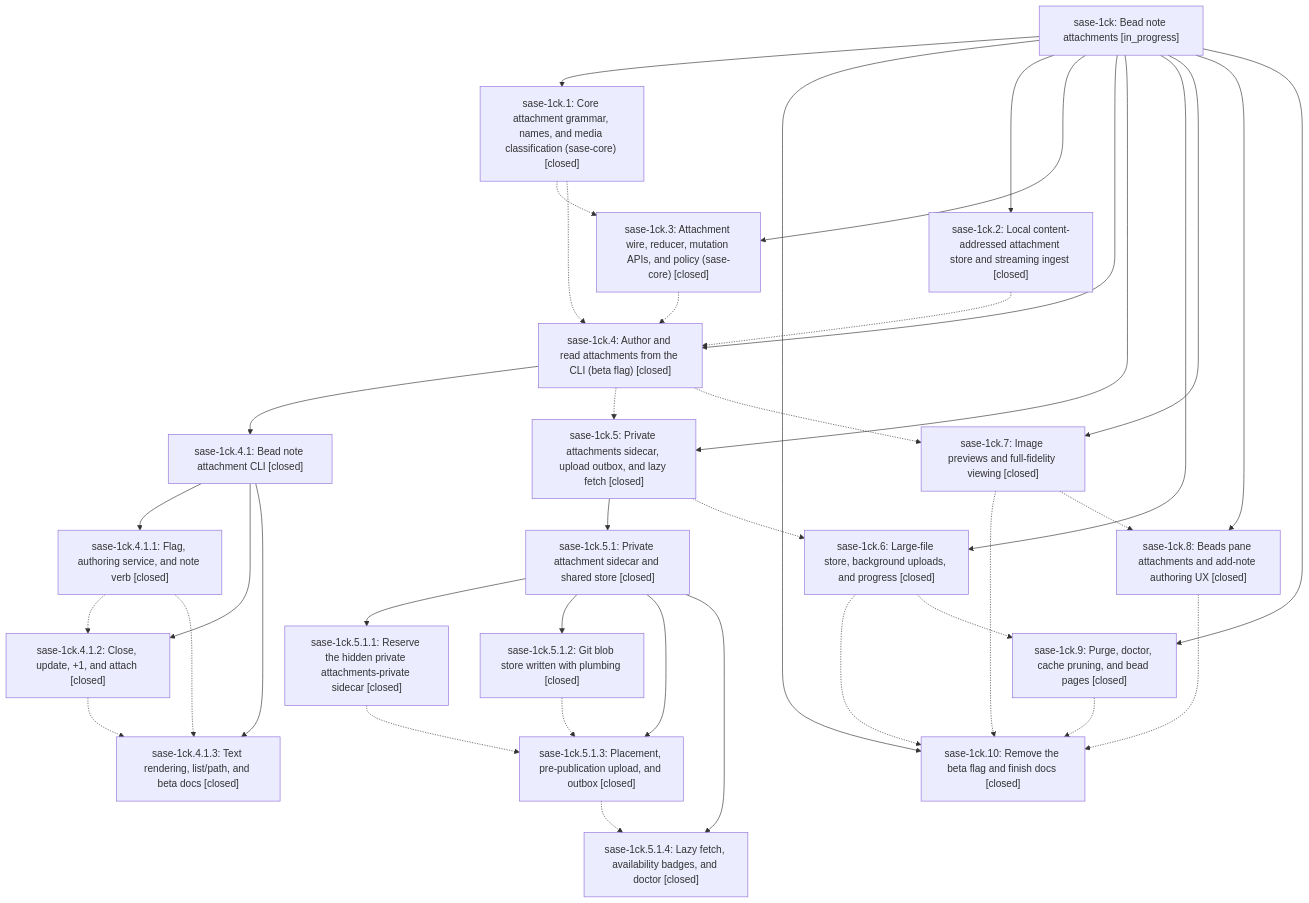
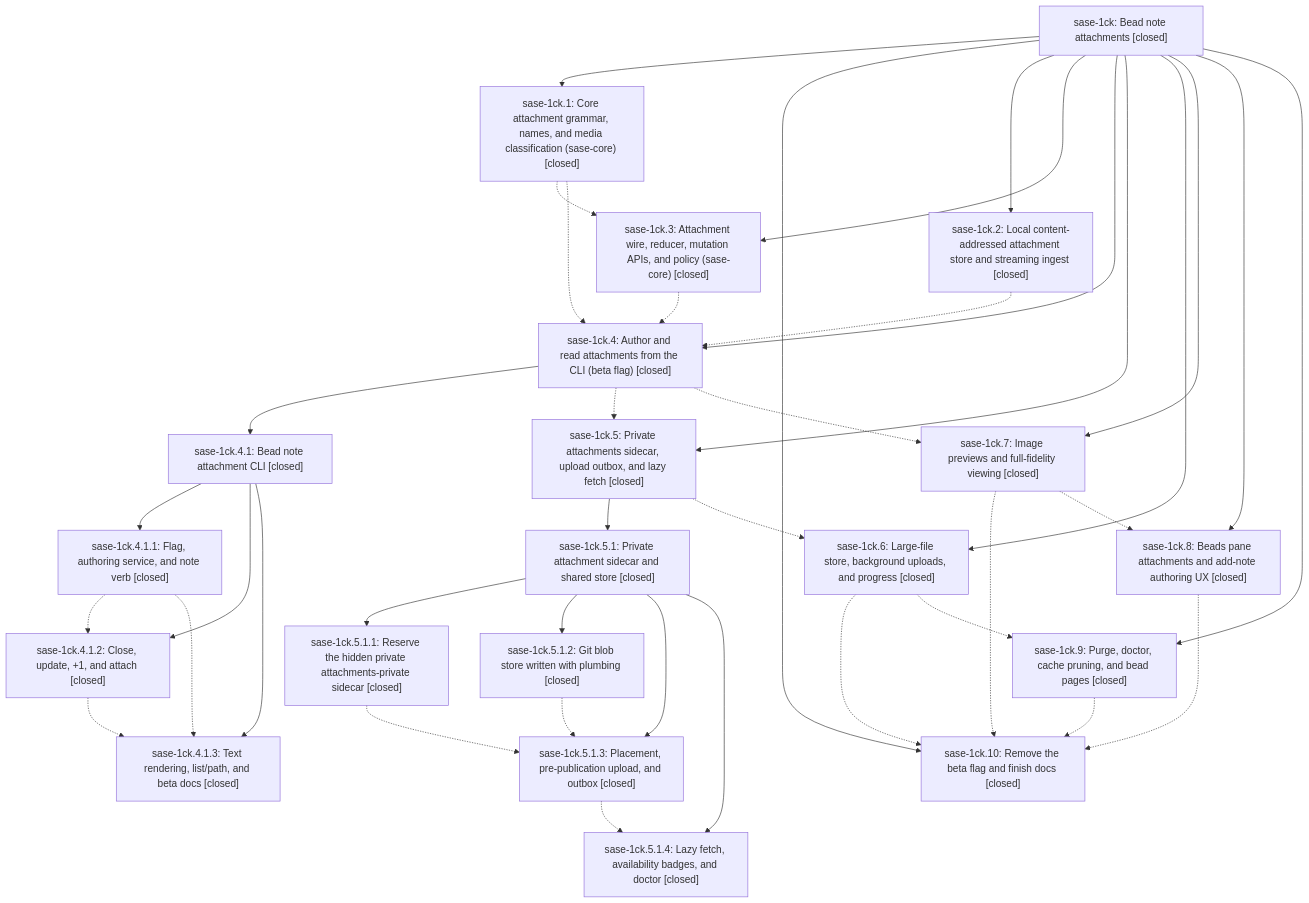
Before and after one commit to sase-org/sase--beads: the diagram in pages/sase-1ck/README.md, drawn with Mermaid. The commit also changed other lines of this file and 11 other files, not shown here.

First line of the commit message:
chore(beads): sync bead state and pages for sase-1ck

````diff
--- a/pages/sase-1ck/README.md
+++ b/pages/sase-1ck/README.md
@@ -63,61 +119,61 @@
 ```mermaid
 flowchart TD
-    n0["sase-1ck: Bead note attachments [in_progress]"]
+    n0["sase-1ck: Bead note attachments [closed]"]
     n1["sase-1ck.1: Core attachment grammar, names, and media classification (sase-core) [closed]"]
     n2["sase-1ck.10: Remove the beta flag and finish docs [closed]"]
     n3["sase-1ck.2: Local content-addressed attachment store and streaming ingest [closed]"]
     n4["sase-1ck.3: Attachment wire, reducer, mutation APIs, and policy (sase-core) [closed]"]
     n5["sase-1ck.4: Author and read attachments from the CLI (beta flag) [closed]"]
     n6["sase-1ck.4.1: Bead note attachment CLI [closed]"]
     n7["sase-1ck.4.1.1: Flag, authoring service, and note verb [closed]"]
     n8["sase-1ck.4.1.2: Close, update, +1, and attach [closed]"]
     n9["sase-1ck.4.1.3: Text rendering, list/path, and beta docs [closed]"]
     n10["sase-1ck.5: Private attachments sidecar, upload outbox, and lazy fetch [closed]"]
     n11["sase-1ck.5.1: Private attachment sidecar and shared store [closed]"]
     n12["sase-1ck.5.1.1: Reserve the hidden private attachments-private sidecar [closed]"]
     n13["sase-1ck.5.1.2: Git blob store written with plumbing [closed]"]
     n14["sase-1ck.5.1.3: Placement, pre-publication upload, and outbox [closed]"]
     n15["sase-1ck.5.1.4: Lazy fetch, availability badges, and doctor [closed]"]
     n16["sase-1ck.6: Large-file store, background uploads, and progress [closed]"]
     n17["sase-1ck.7: Image previews and full-fidelity viewing [closed]"]
     n18["sase-1ck.8: Beads pane attachments and add-note authoring UX [closed]"]
     n19["sase-1ck.9: Purge, doctor, cache pruning, and bead pages [closed]"]
     n0 --> n1
     n0 --> n2
     n0 --> n3
     n0 --> n4
     n0 --> n5
     n5 --> n6
     n6 --> n7
     n6 --> n8
     n6 --> n9
     n0 --> n10
     n10 --> n11
     n11 --> n12
     n11 --> n13
     n11 --> n14
     n11 --> n15
     n0 --> n16
     n0 --> n17
     n0 --> n18
     n0 --> n19
     n1 -.-> n4
     n1 -.-> n5
     n3 -.-> n5
     n4 -.-> n5
     n5 -.-> n10
     n5 -.-> n17
     n7 -.-> n8
     n7 -.-> n9
     n8 -.-> n9
     n10 -.-> n16
     n12 -.-> n14
     n13 -.-> n14
     n14 -.-> n15
     n16 -.-> n2
     n16 -.-> n19
     n17 -.-> n2
     n17 -.-> n18
     n18 -.-> n2
     n19 -.-> n2
 ```
````
